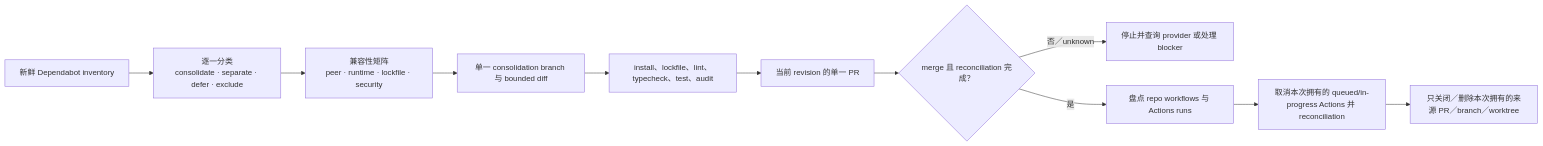
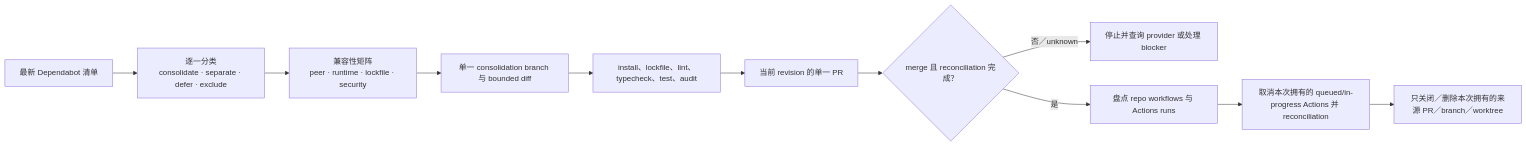
Before and after one commit to stephen-taipei/better-workflows: the fourth of 4 diagrams in docs/details/zh-CN.md, drawn with Mermaid. The commit also changed other lines of this file and 83 other files, not shown here.

````diff
--- a/docs/details/zh-CN.md
+++ b/docs/details/zh-CN.md
@@ -386,13 +386,13 @@
 ```mermaid
 flowchart LR
-  A["新鲜 Dependabot inventory"] --> B["逐一分类\nconsolidate · separate · defer · exclude"]
+  A["最新 Dependabot 清单"] --> B["逐一分类\nconsolidate · separate · defer · exclude"]
   B --> C["兼容性矩阵\npeer · runtime · lockfile · security"]
   C --> D["单一 consolidation branch 与 bounded diff"]
   D --> E["install、lockfile、lint、typecheck、test、audit"]
   E --> F["当前 revision 的单一 PR"]
   F --> G{"merge 且 reconciliation 完成？"}
   G -- "否／unknown" --> H["停止并查询 provider 或处理 blocker"]
   G -- "是" --> J["盘点 repo workflows 与 Actions runs"]
   J --> K["取消本次拥有的 queued/in-progress Actions 并 reconciliation"]
   K --> I["只关闭／删除本次拥有的来源 PR／branch／worktree"]
 ```
````
